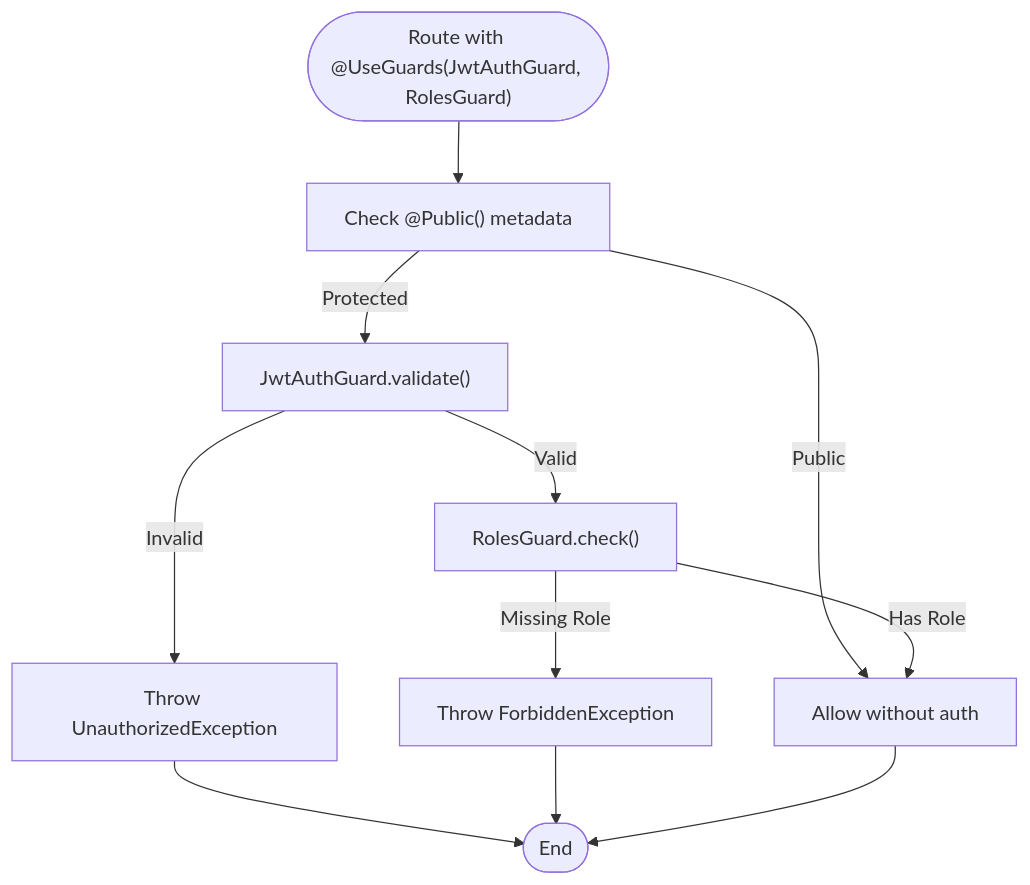
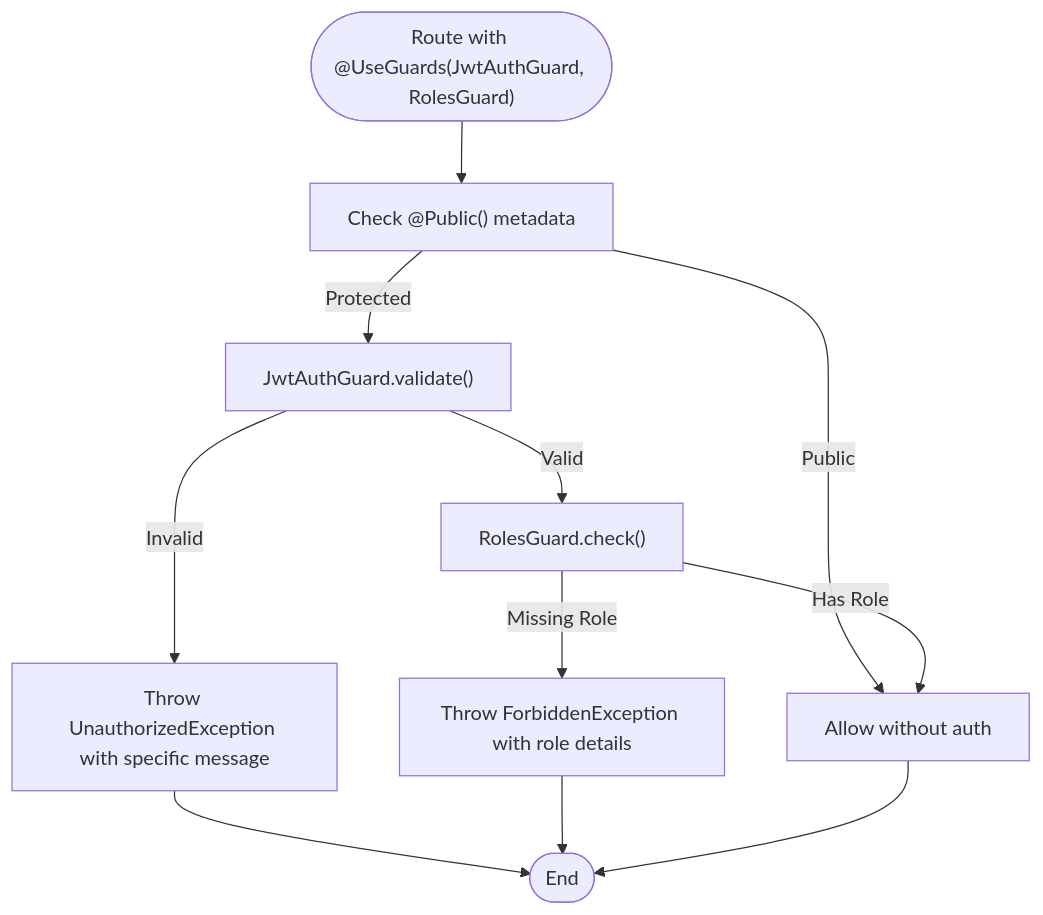
The fifth of 8 diagrams in .qoder/repowiki/en/content/Backend Architecture/Authentication System/Authentication System.md (devonxjz/MissLost), drawn with Mermaid before and after one commit. The commit also changed other lines of this file and 12 other files, not shown here.

````diff
--- a/.qoder/repowiki/en/content/Backend Architecture/Authentication System/Authentication System.md
+++ b/.qoder/repowiki/en/content/Backend Architecture/Authentication System/Authentication System.md
@@ -269,13 +282,13 @@
 ```mermaid
 flowchart TD
 Start(["Route with @UseGuards(JwtAuthGuard, RolesGuard)"]) --> CheckPublic["Check @Public() metadata"]
 CheckPublic --> |Public| Allow["Allow without auth"]
 CheckPublic --> |Protected| Jwt["JwtAuthGuard.validate()"]
-Jwt --> |Invalid| Deny["Throw UnauthorizedException"]
+Jwt --> |Invalid| Deny["Throw UnauthorizedException with specific message"]
 Jwt --> |Valid| Roles["RolesGuard.check()"]
 Roles --> |Has Role| Allow
-Roles --> |Missing Role| DenyRoles["Throw ForbiddenException"]
+Roles --> |Missing Role| DenyRoles["Throw ForbiddenException with role details"]
 Deny --> End(["End"])
 DenyRoles --> End
 Allow --> End
 ```
````
